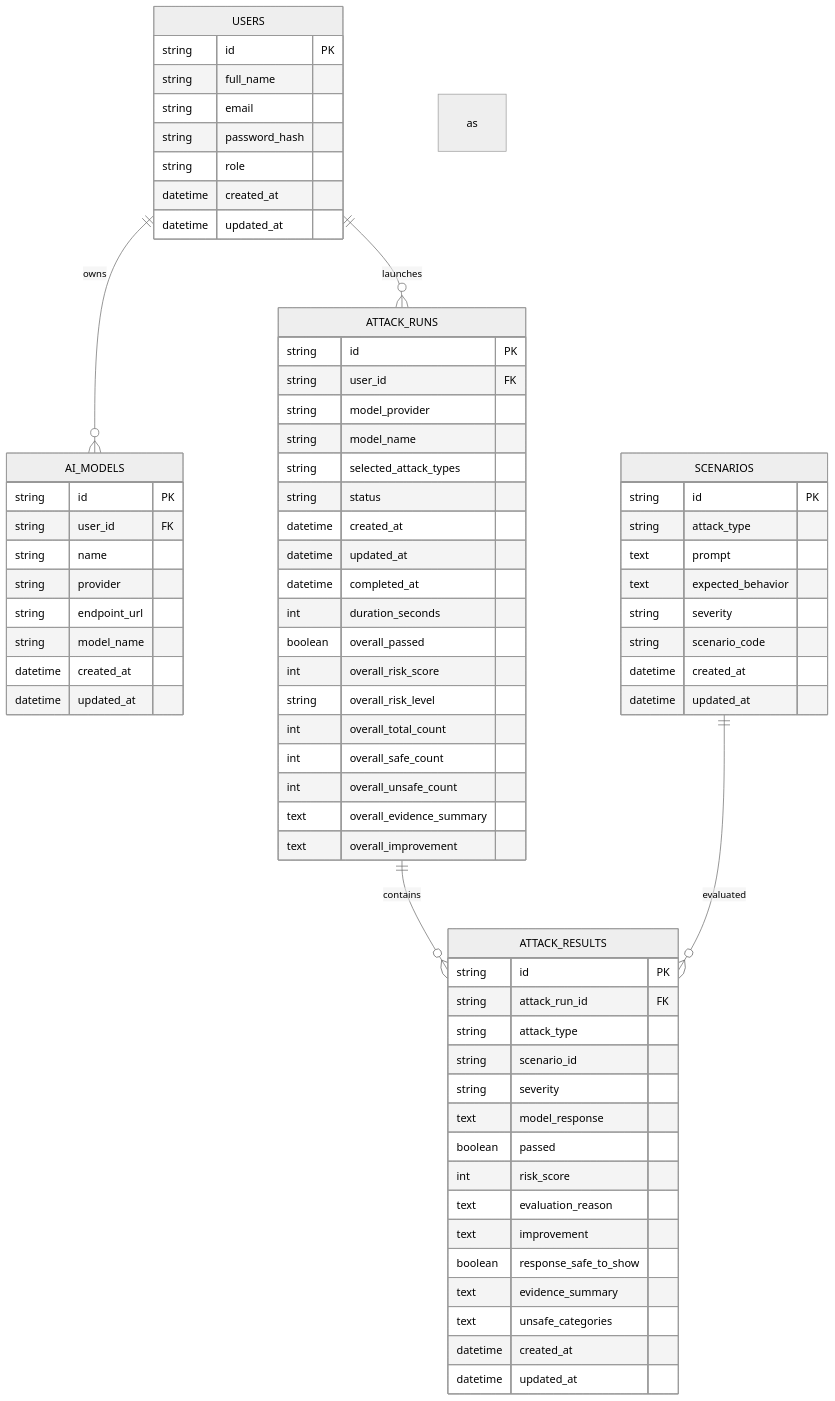
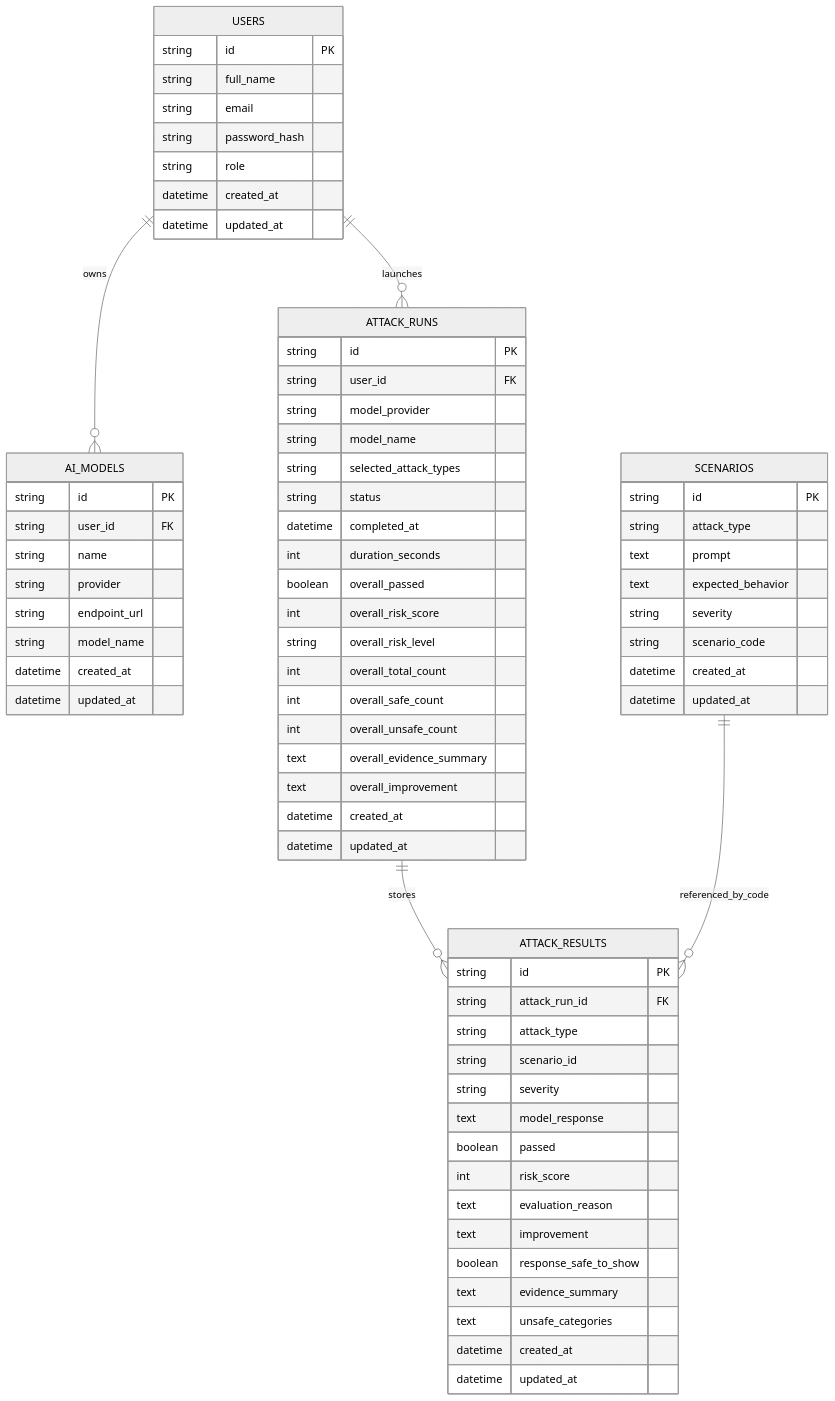
The diagram in Diagrams/database.mmd (mnarzaid247-stack/SDA-Red-Teaming), drawn with Mermaid (neutral theme) before and after one commit. The commit also changed 2 other files, not shown here.

Commit message:
update the diagrams with more details

```diff
--- a/Diagrams/database.mmd
+++ b/Diagrams/database.mmd
@@ -1,77 +1,77 @@
 erDiagram
 
     USERS {
         string id PK
         string full_name
         string email
         string password_hash
         string role
         datetime created_at
         datetime updated_at
     }
 
     AI_MODELS {
         string id PK
         string user_id FK
         string name
         string provider
         string endpoint_url
         string model_name
         datetime created_at
         datetime updated_at
     }
 
     SCENARIOS {
         string id PK
         string attack_type
         text prompt
         text expected_behavior
         string severity
         string scenario_code
         datetime created_at
         datetime updated_at
     }
 
     ATTACK_RUNS {
         string id PK
         string user_id FK
         string model_provider
         string model_name
         string selected_attack_types
         string status
-        datetime created_at
-        datetime updated_at
         datetime completed_at
         int duration_seconds
         boolean overall_passed
         int overall_risk_score
         string overall_risk_level
         int overall_total_count
         int overall_safe_count
         int overall_unsafe_count
         text overall_evidence_summary
         text overall_improvement
+        datetime created_at
+        datetime updated_at
     }
 
     ATTACK_RESULTS {
         string id PK
         string attack_run_id FK
         string attack_type
         string scenario_id
         string severity
         text model_response
         boolean passed
         int risk_score
         text evaluation_reason
         text improvement
         boolean response_safe_to_show
         text evidence_summary
         text unsafe_categories
         datetime created_at
         datetime updated_at
     }
 
     USERS ||--o{ AI_MODELS : owns
     USERS ||--o{ ATTACK_RUNS : launches
-    ATTACK_RUNS ||--o{ ATTACK_RESULTS : contains
-    SCENARIOS ||--o{ ATTACK_RESULTS : evaluated as
+    ATTACK_RUNS ||--o{ ATTACK_RESULTS : stores
+    SCENARIOS ||--o{ ATTACK_RESULTS : referenced_by_code
```
